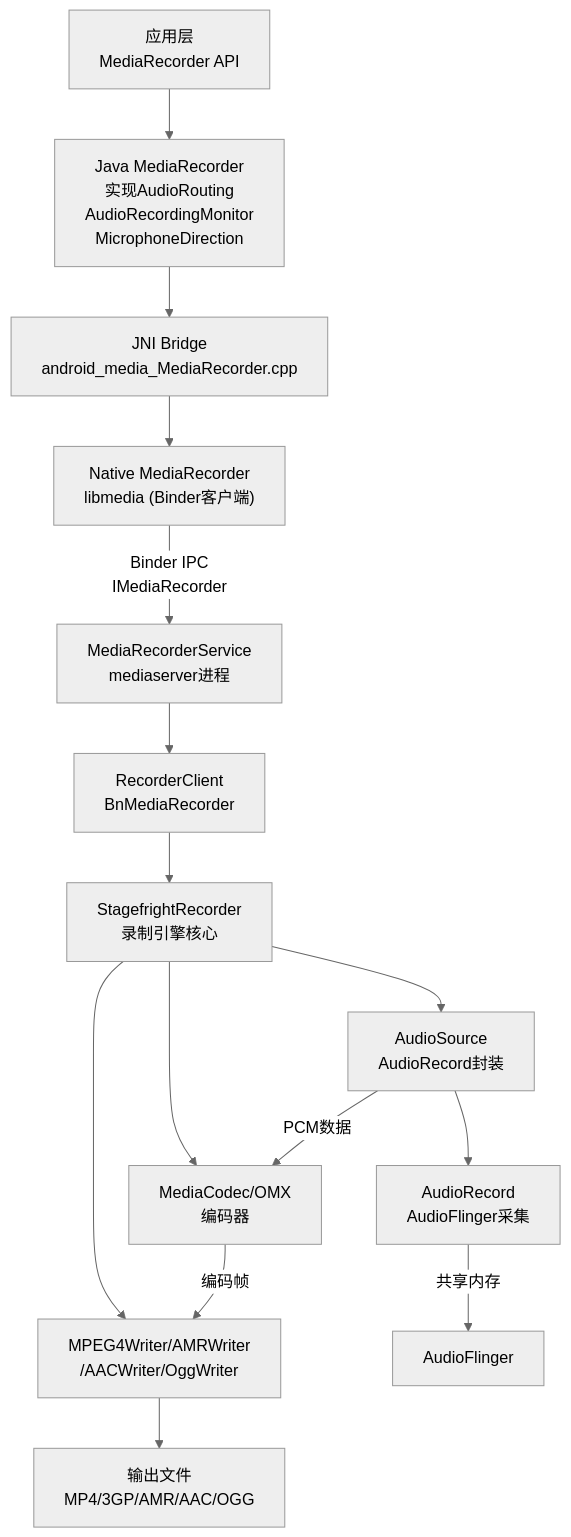
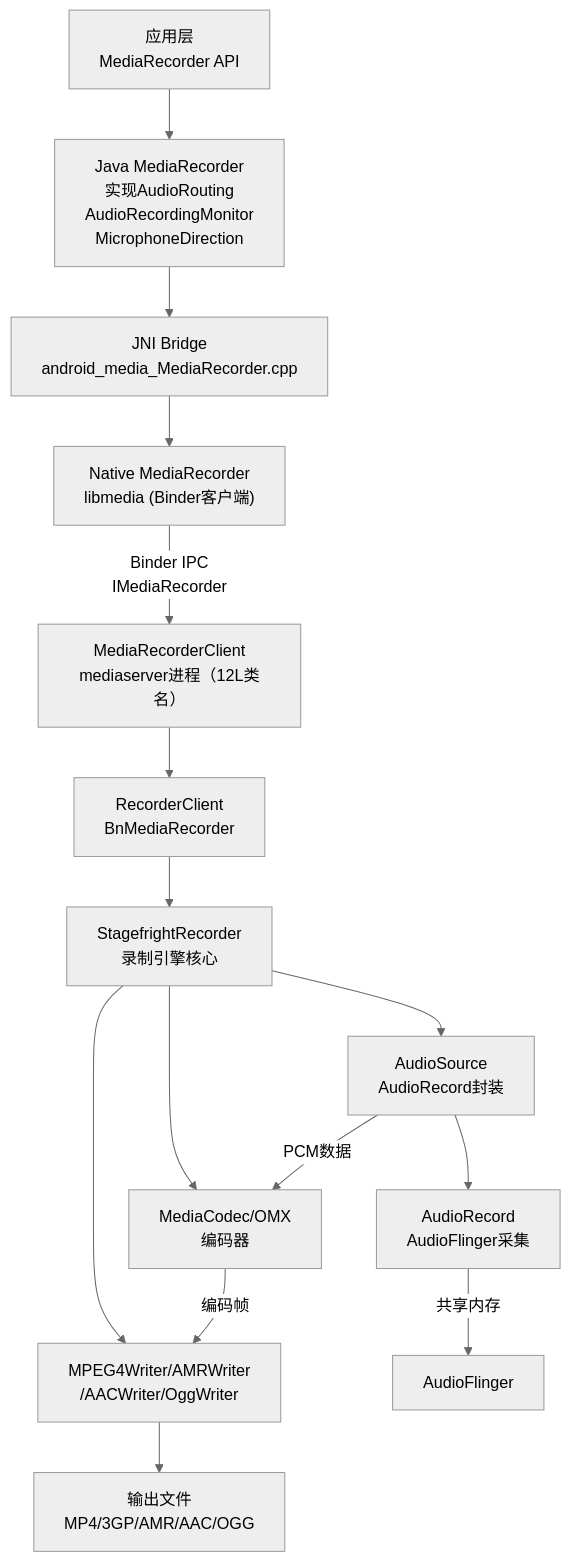
One commit to yanglinzhen1022/SA8295_AAOS_QNX_Audio_KnowledgeBase changed the first of 5 diagrams in 02_Application_Layer/02_2.9_MediaRecorder.md. Above: the diagram before and after it, drawn with Mermaid (neutral theme). The commit also changed other lines of this file and 14 other files, not shown here.

````diff
--- a/02_Application_Layer/02_2.9_MediaRecorder.md
+++ b/02_Application_Layer/02_2.9_MediaRecorder.md
@@ -29,30 +29,30 @@
 ```mermaid
 graph TB
     APP["应用层<br>MediaRecorder API"]
     JAVA["Java MediaRecorder<br>实现AudioRouting<br>AudioRecordingMonitor<br>MicrophoneDirection"]
     JNI["JNI Bridge<br>android_media_MediaRecorder.cpp"]
     NATIVE["Native MediaRecorder<br>libmedia (Binder客户端)"]
-    MRS["MediaRecorderService<br>mediaserver进程"]
+    MRS["MediaRecorderClient<br>mediaserver进程（12L类名）"]
     RC["RecorderClient<br>BnMediaRecorder"]
     SFR["StagefrightRecorder<br>录制引擎核心"]
     AS["AudioSource<br>AudioRecord封装"]
     AR["AudioRecord<br>AudioFlinger采集"]
     ENC["MediaCodec/OMX<br>编码器"]
     WR["MPEG4Writer/AMRWriter<br>/AACWriter/OggWriter"]
     FILE["输出文件<br>MP4/3GP/AMR/AAC/OGG"]
 
     APP --> JAVA
     JAVA --> JNI
     JNI --> NATIVE
     NATIVE -->|"Binder IPC<br>IMediaRecorder"| MRS
     MRS --> RC
     RC --> SFR
     SFR --> AS
     SFR --> ENC
     SFR --> WR
     AS --> AR
     AS -->|"PCM数据"| ENC
     ENC -->|"编码帧"| WR
     WR --> FILE
     AR -->|"共享内存"| AF["AudioFlinger"]
 ```
````
